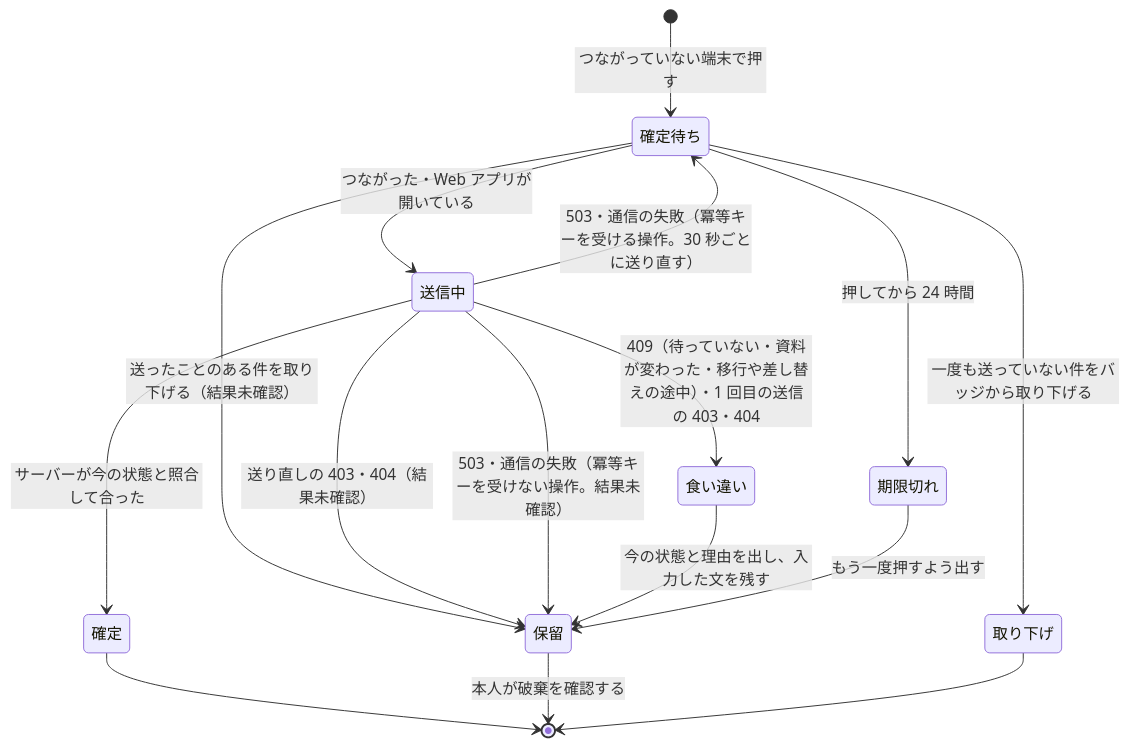
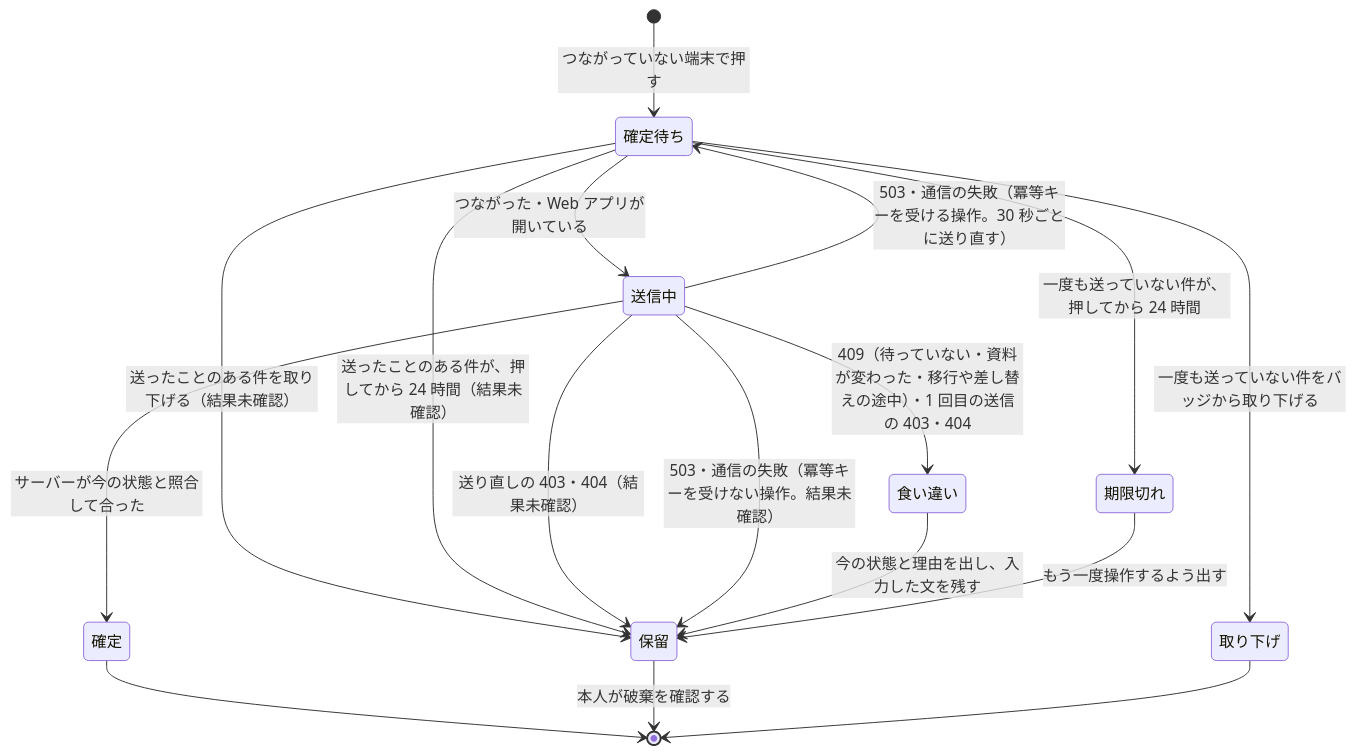
One commit to devbasex/nd-factory changed the second of 2 diagrams in docs/design/screens.md. Above: the diagram before and after it, drawn with Mermaid. The commit also changed other lines of this file and 2 other files, not shown here.

````diff
--- a/docs/design/screens.md
+++ b/docs/design/screens.md
@@ -304,18 +304,19 @@
 ```mermaid
 stateDiagram-v2
     [*] --> 確定待ち: つながっていない端末で押す
     確定待ち --> 送信中: つながった・Web アプリが開いている
     確定待ち --> 取り下げ: 一度も送っていない件をバッジから取り下げる
     確定待ち --> 保留: 送ったことのある件を取り下げる（結果未確認）
-    確定待ち --> 期限切れ: 押してから 24 時間
+    確定待ち --> 期限切れ: 一度も送っていない件が、押してから 24 時間
+    確定待ち --> 保留: 送ったことのある件が、押してから 24 時間（結果未確認）
     送信中 --> 確定: サーバーが今の状態と照合して合った
     送信中 --> 食い違い: 409（待っていない・資料が変わった・移行や差し替えの途中）・1 回目の送信の 403・404
     送信中 --> 保留: 送り直しの 403・404（結果未確認）
     送信中 --> 確定待ち: 503・通信の失敗（冪等キーを受ける操作。30 秒ごとに送り直す）
     送信中 --> 保留: 503・通信の失敗（冪等キーを受けない操作。結果未確認）
     確定 --> [*]
     食い違い --> 保留: 今の状態と理由を出し、入力した文を残す
-    期限切れ --> 保留: もう一度押すよう出す
+    期限切れ --> 保留: もう一度操作するよう出す
     保留 --> [*]: 本人が破棄を確認する
     取り下げ --> [*]
 ```
````
